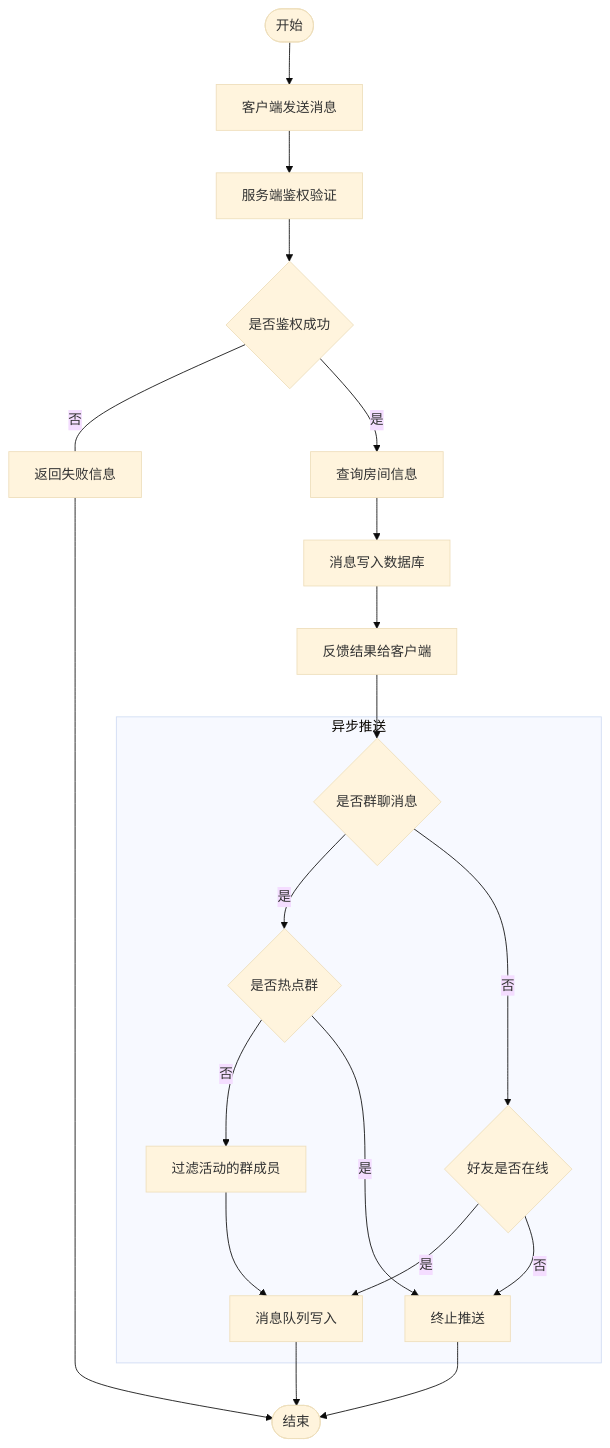
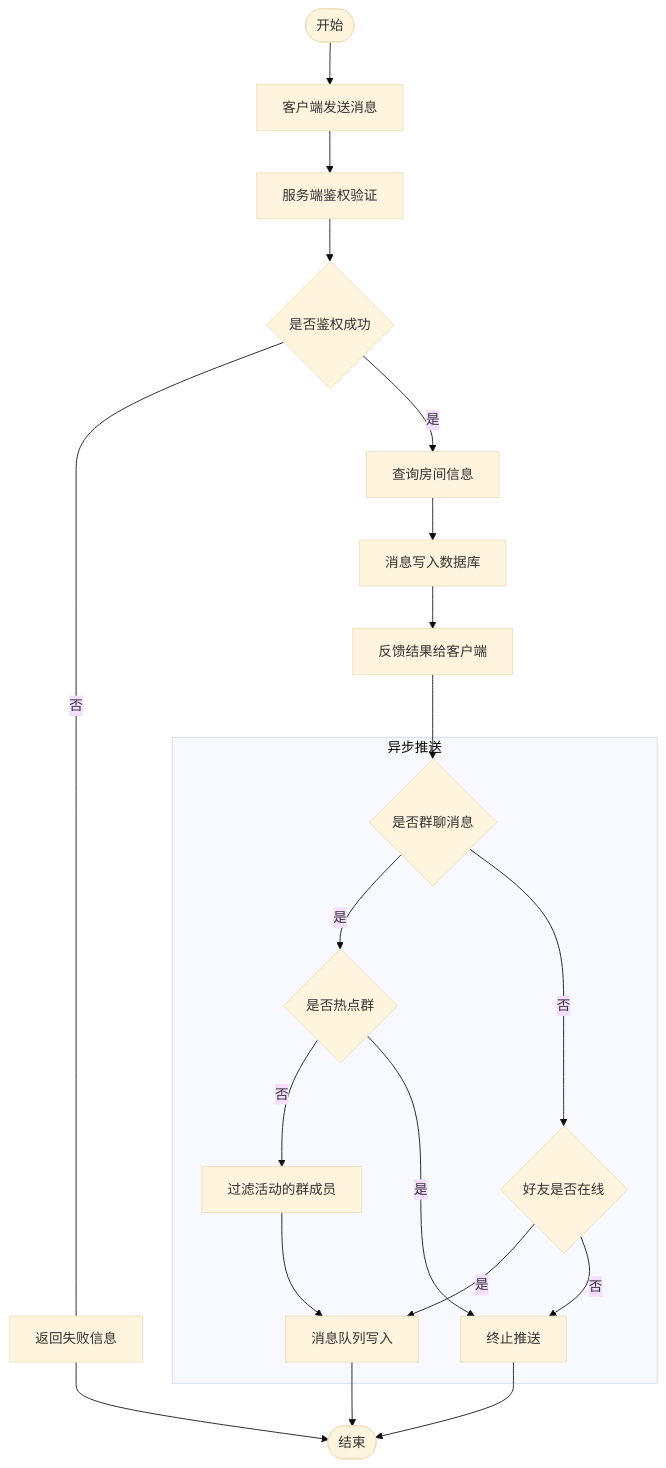
One commit to summer-like-coding/chat-system changed the second of 3 diagrams in docs/3.sequence.md. Above: the diagram before and after it, drawn with Mermaid (base theme). The commit also changed other lines of this file and 12 other files, not shown here.

````diff
--- a/docs/3.sequence.md
+++ b/docs/3.sequence.md
@@ -27,24 +27,24 @@
 ```mermaid
 flowchart
   S([开始]) --> Send[客户端发送消息]
   Send --> Verify[服务端鉴权验证]
   Verify --> VerifyOK{是否鉴权成功}
   VerifyOK -- 否 --- Fail[返回失败信息]
-    Fail --------> End([结束])
+    Fail --> End([结束])
   VerifyOK -- 是 --> QueryRoom[查询房间信息]
     QueryRoom --> SendMsg[消息写入数据库]
     SendMsg --> Feedback[反馈结果给客户端]
     Feedback --> IsGroup{是否群聊消息}
     subgraph AsyncPush[异步推送]
       IsGroup -- 是 --> IsHot{是否热点群}
       IsHot -- 否 --> PreparePush[过滤活动的群成员]
       IsHot -- 是 --> EndPush[终止推送]
       PreparePush --> MQ[消息队列写入]
 
       IsGroup -- 否 --> IsFriendOnline{好友是否在线}
       IsFriendOnline -- 是 --> MQ
       IsFriendOnline -- 否 --> EndPush
     end
     MQ --> End
     EndPush --> End
 ```
````
